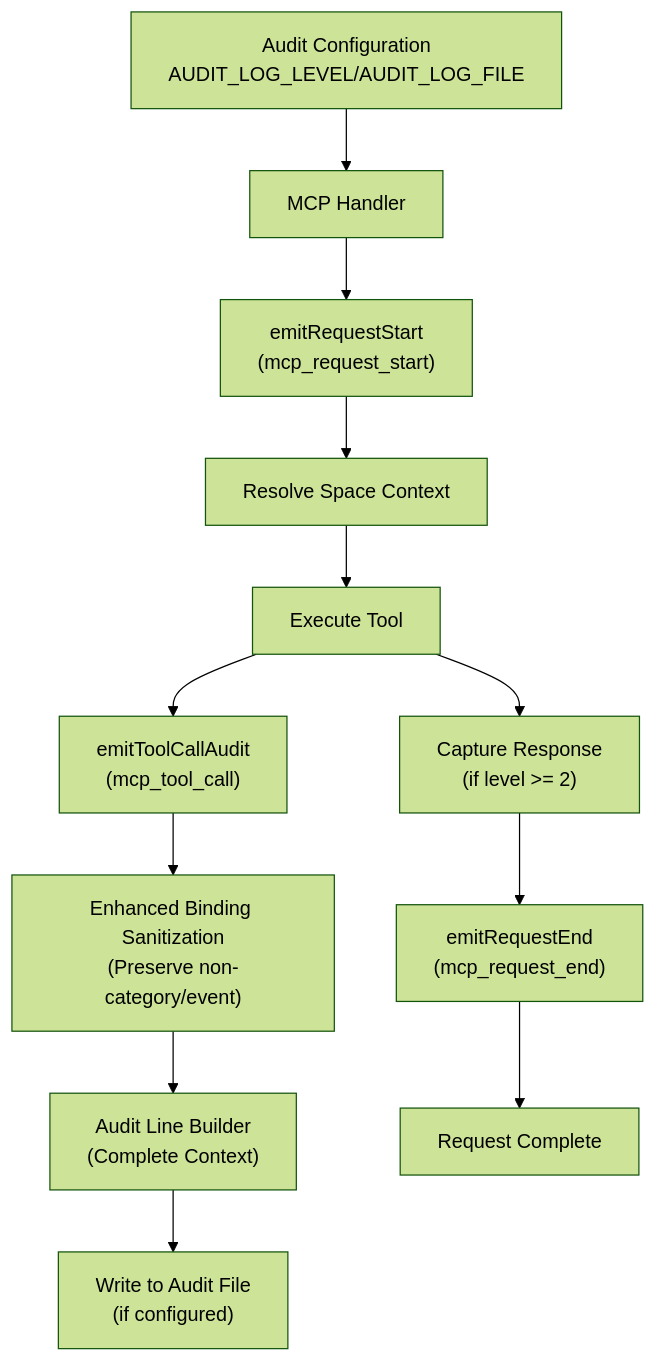
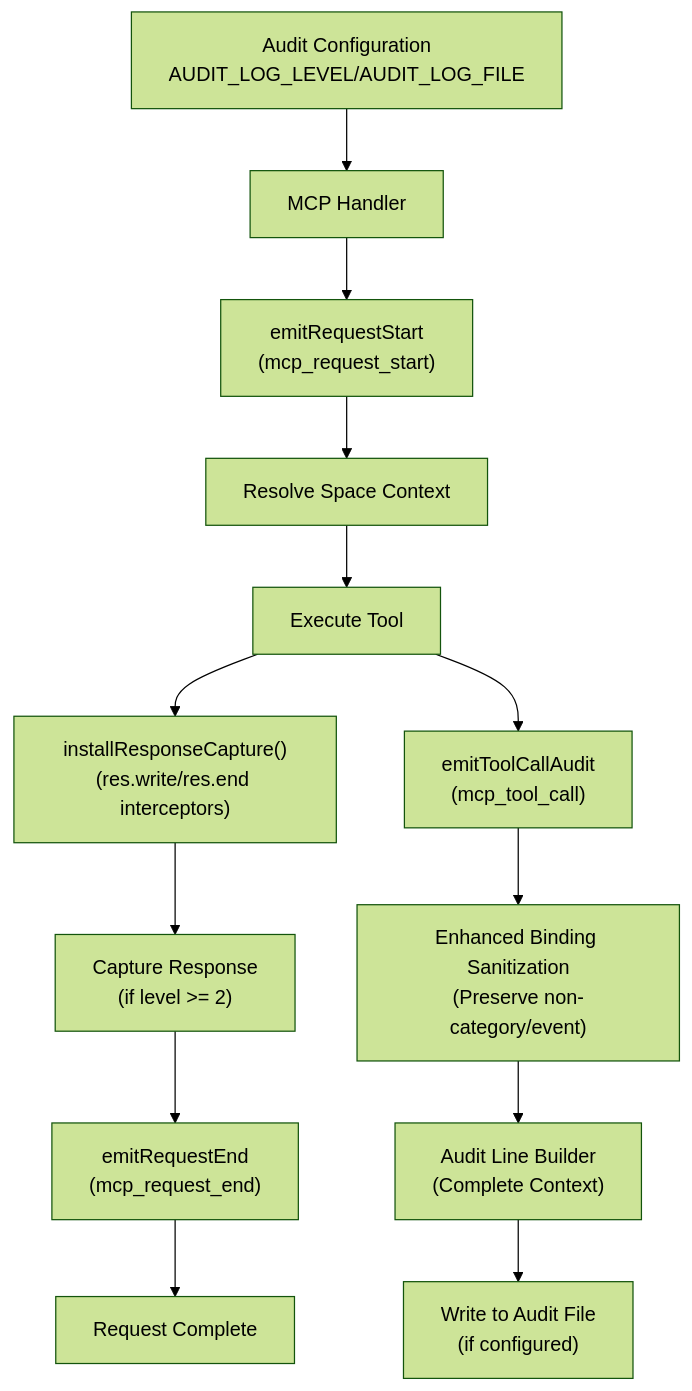
One commit to debian777/kairos-mcp changed the sixth of 7 diagrams in .qoder/repowiki/en/content/Monitoring & Observability.md. Above: the diagram before and after it, drawn with Mermaid (forest theme). The commit also changed other lines of this file and 5 other files, not shown here.

First line of the commit message:
fix(audit): capture response at transport.send() level

````diff
--- a/.qoder/repowiki/en/content/Monitoring & Observability.md
+++ b/.qoder/repowiki/en/content/Monitoring & Observability.md
@@ -431,14 +447,15 @@
 ```mermaid
 flowchart TD
 Config["Audit Configuration<br/>AUDIT_LOG_LEVEL/AUDIT_LOG_FILE"] --> Handler["MCP Handler"]
 Handler --> Start["emitRequestStart<br/>(mcp_request_start)"]
 Start --> Context["Resolve Space Context"]
 Context --> Tool["Execute Tool"]
-Tool --> Response["Capture Response<br/>(if level >= 2)"]
+Tool --> ResponseCapture["installResponseCapture()<br/>(res.write/res.end interceptors)"]
+ResponseCapture --> Response["Capture Response<br/>(if level >= 2)"]
 Response --> End["emitRequestEnd<br/>(mcp_request_end)"]
 Tool --> Call["emitToolCallAudit<br/>(mcp_tool_call)"]
 Call --> Sanitize["Enhanced Binding Sanitization<br/>(Preserve non-category/event)"]
 Sanitize --> Build["Audit Line Builder<br/>(Complete Context)"]
 Build --> File["Write to Audit File<br/>(if configured)"]
 End --> Complete["Request Complete"]
 ```
````
